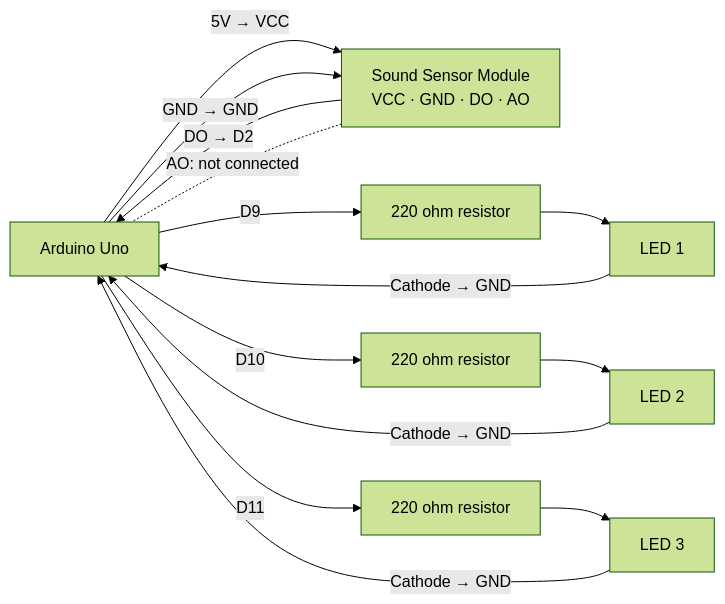
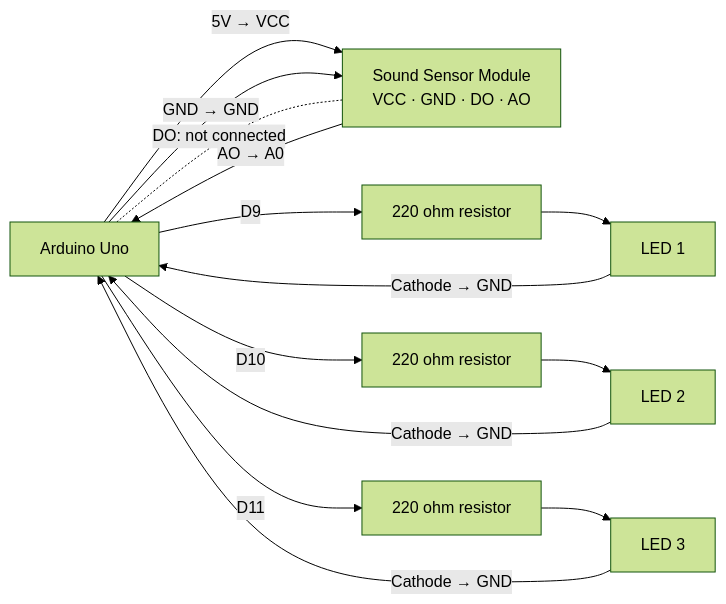
The first of 2 diagrams in docs/connections.md (Danncode10/Clap_light), drawn with Mermaid (forest theme) before and after one commit. The commit also changed other lines of this file and 3 other files, not shown here.

````diff
--- a/docs/connections.md
+++ b/docs/connections.md
@@ -41,23 +41,23 @@
 ```mermaid
 flowchart LR
     Arduino["Arduino Uno"]
     SoundSensor["Sound Sensor Module<br/>VCC · GND · DO · AO"]
     LED1["LED 1"]
     LED2["LED 2"]
     LED3["LED 3"]
     R1["220 ohm resistor"]
     R2["220 ohm resistor"]
     R3["220 ohm resistor"]
 
     Arduino -- "5V → VCC" --> SoundSensor
     Arduino -- "GND → GND" --> SoundSensor
-    SoundSensor -- "DO → D2" --> Arduino
-    SoundSensor -. "AO: not connected" .- Arduino
+    SoundSensor -. "DO: not connected" .- Arduino
+    SoundSensor -- "AO → A0" --> Arduino
 
     Arduino -- "D9" --> R1 --> LED1
     LED1 -- "Cathode → GND" --> Arduino
     Arduino -- "D10" --> R2 --> LED2
     LED2 -- "Cathode → GND" --> Arduino
     Arduino -- "D11" --> R3 --> LED3
     LED3 -- "Cathode → GND" --> Arduino
 ```
````
